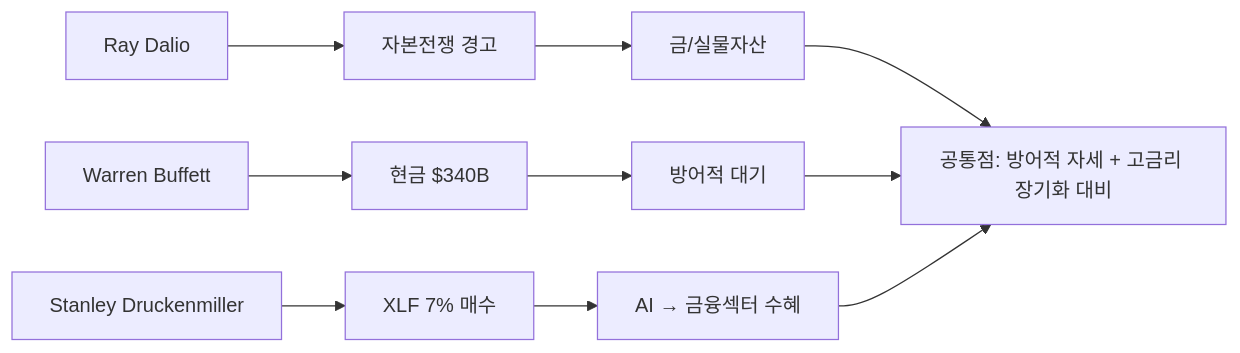
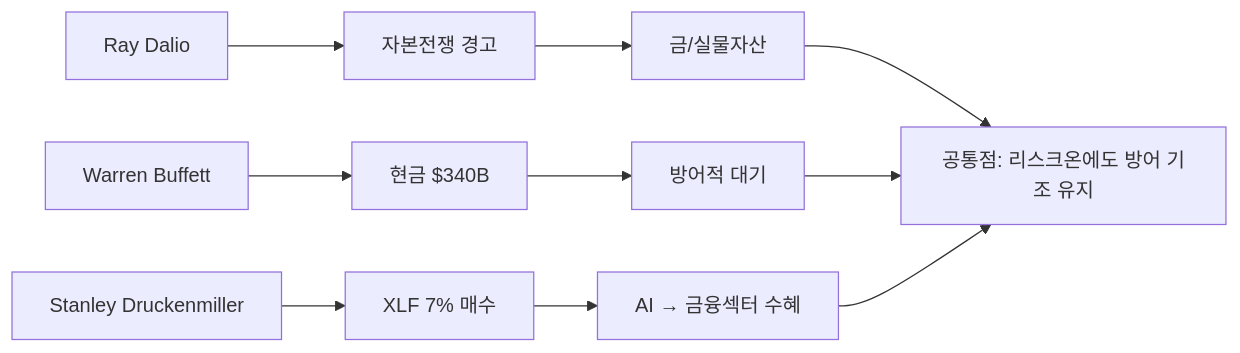
Before and after one commit to dss99911/dss99911.github.io: the eighth of 9 diagrams in _posts/knowledge/invest/2026-01-12-macroeconomic-policy-sector-outlook-2026.md, drawn with Mermaid. The commit also changed other lines of this file and 3 other files, not shown here.

````diff
--- a/_posts/knowledge/invest/2026-01-12-macroeconomic-policy-sector-outlook-2026.md
+++ b/_posts/knowledge/invest/2026-01-12-macroeconomic-policy-sector-outlook-2026.md
@@ -378,12 +345,12 @@
 ```mermaid
 graph LR
     A["Ray Dalio"] --> B["자본전쟁 경고"]
     B --> C["금/실물자산"]
     D["Warren Buffett"] --> E["현금 $340B"]
     E --> F["방어적 대기"]
     G["Stanley Druckenmiller"] --> H["XLF 7% 매수"]
     H --> I["AI → 금융섹터 수혜"]
-    C --> J["공통점: 방어적 자세 + 고금리 장기화 대비"]
+    C --> J["공통점: 리스크온에도 방어 기조 유지"]
     F --> J
     I --> J
 ```
````
